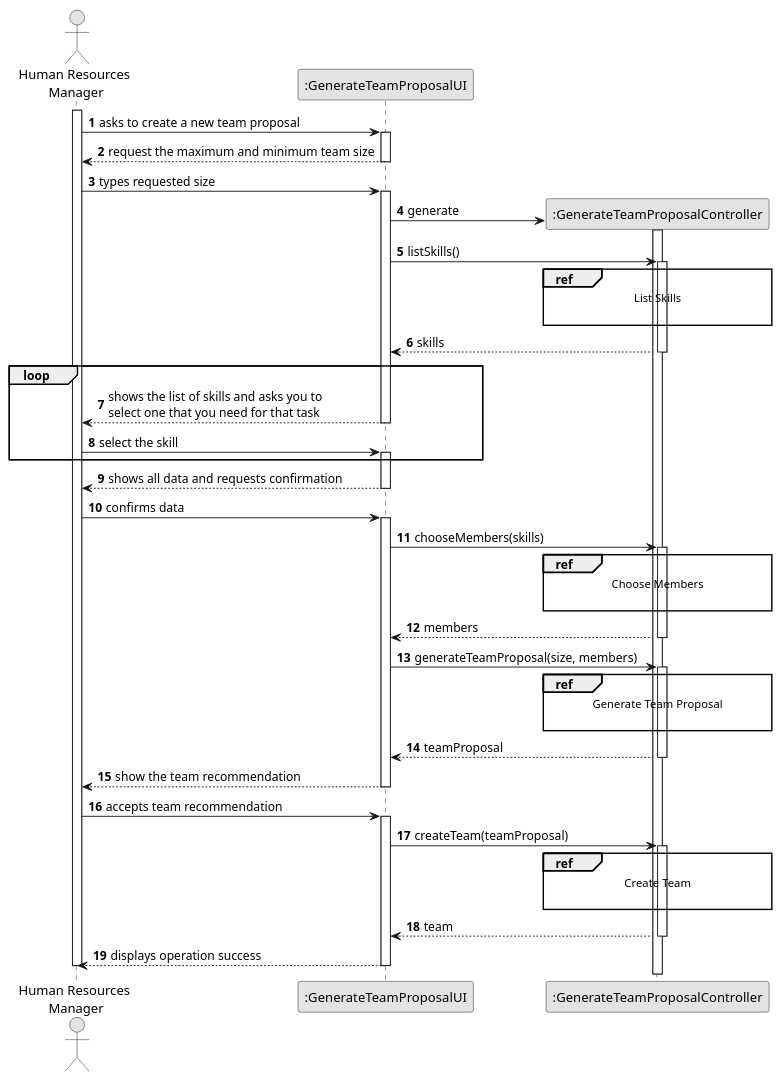
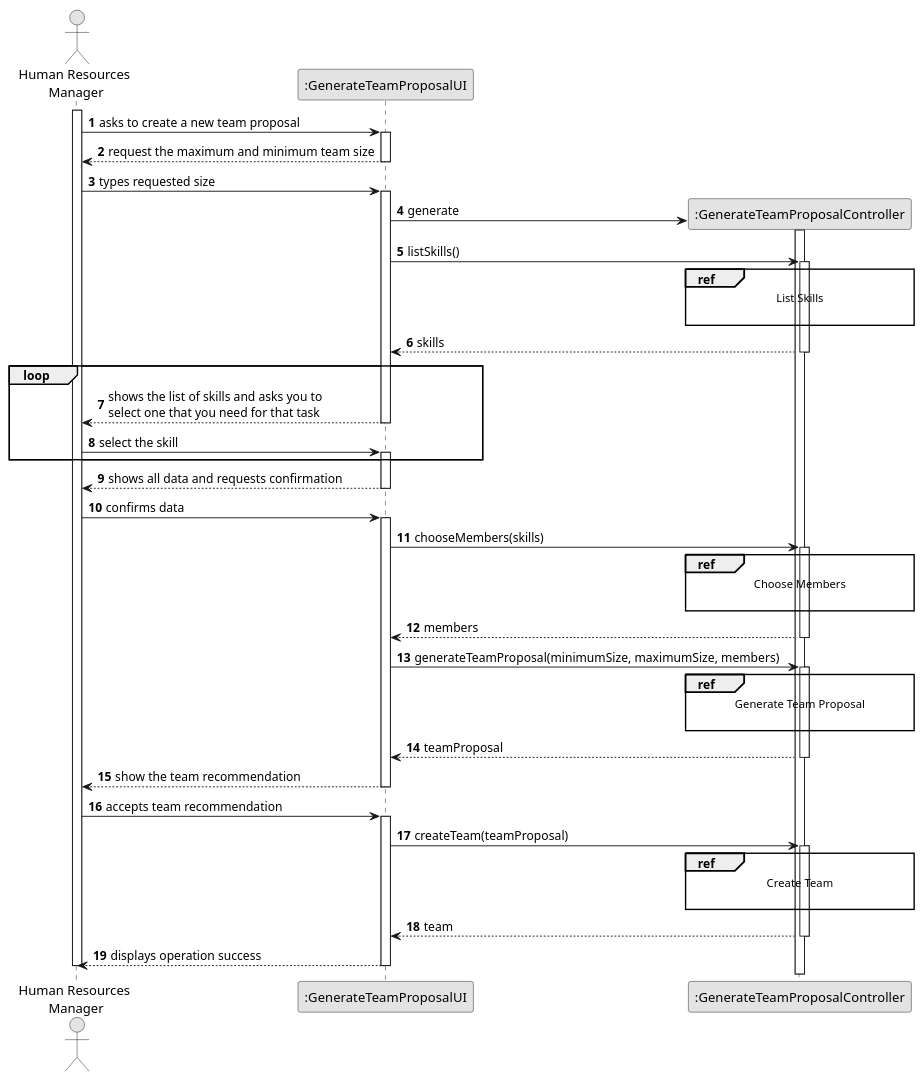
The diagram in docs/sprintB/us005/03.design/puml/us005-sequence-diagram-split.puml (diogoveirospro/lei-24-s2-1dg-g072), drawn with PlantUML before and after one commit. The commit also changed 8 other files, not shown here.

```diff
--- a/docs/sprintB/us005/03.design/puml/us005-sequence-diagram-split.puml
+++ b/docs/sprintB/us005/03.design/puml/us005-sequence-diagram-split.puml
@@ -1,97 +1,97 @@
 @startuml
 skinparam monochrome true
 skinparam packageStyle rectangle
 skinparam shadowing false
 
 autonumber
 
 'hide footbox
 actor "Human Resources\n Manager" as HRM
 participant ":GenerateTeamProposalUI" as UI
 participant ":GenerateTeamProposalController" as CTRL
 
 activate HRM
 
     HRM -> UI : asks to create a new team proposal
     activate UI
 
         UI --> HRM : request the maximum and minimum team size
     deactivate UI
 
     HRM -> UI : types requested size
     activate UI
 
         UI -> CTRL** : generate
         activate CTRL
 
         UI -> CTRL : listSkills()
         activate CTRL
 
             ref over CTRL
                 List Skills
 
             end
 
             CTRL --> UI : skills
         deactivate CTRL
 
     loop
         UI --> HRM: shows the list of skills and asks you to \nselect one that you need for that task
     deactivate UI
 
     HRM -> UI: select the skill
     activate UI
 
     end
 
         UI --> HRM: shows all data and requests confirmation
     deactivate UI
 
     HRM -> UI: confirms data
     activate UI
 
         UI -> CTRL: chooseMembers(skills)
         activate CTRL
 
             ref over CTRL
                 Choose Members
 
             end
 
             CTRL --> UI: members
         deactivate CTRL
 
-        UI -> CTRL: generateTeamProposal(size, members)
+        UI -> CTRL: generateTeamProposal(minimumSize, maximumSize, members)
         activate CTRL
 
             ref over CTRL
                 Generate Team Proposal
 
             end
 
             CTRL --> UI: teamProposal
         deactivate CTRL
 
         UI --> HRM: show the team recommendation
     deactivate UI
 
     HRM -> UI: accepts team recommendation
     activate UI
 
         UI -> CTRL: createTeam(teamProposal)
         activate CTRL
 
             ref over CTRL
                 Create Team
 
             end
 
             CTRL --> UI: team
         deactivate CTRL
 
         UI --> HRM: displays operation success
     deactivate UI
 
 deactivate HRM
 
 @enduml
```
